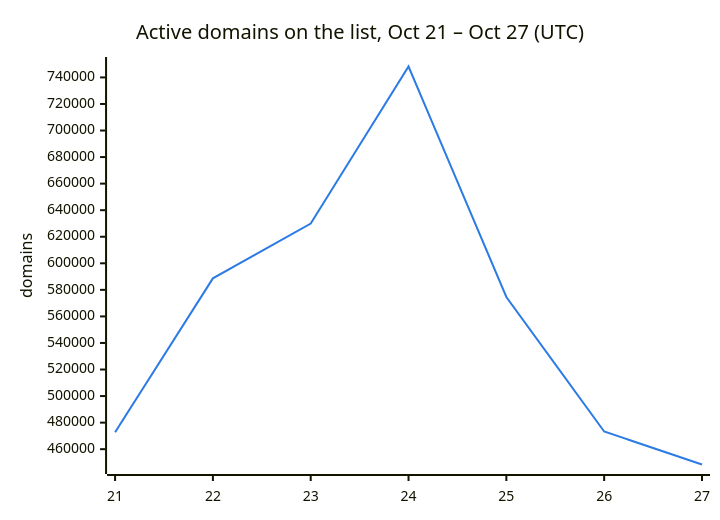
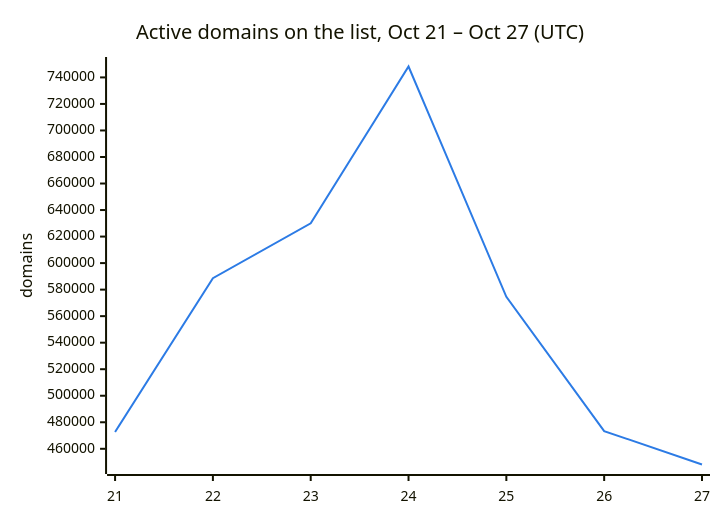
One commit to DNSBunker/CTI changed the second of 3 diagrams in README.md. Above: the diagram before and after it, drawn with Mermaid. The commit also changed other lines of this file and 3 other files, not shown here.

````diff
--- a/README.md
+++ b/README.md
@@ -38,8 +38,8 @@
 ```mermaid
 %%{init: {"themeVariables": {"xyChart": {"plotColorPalette": "#2c7be5"}}}}%%
 xychart-beta
     title "Active domains on the list, Oct 21 – Oct 27 (UTC)"
     x-axis ["21", "22", "23", "24", "25", "26", "27"]
     y-axis "domains"
-    line [472713, 588659, 629951, 748222, 574614, 473331, 448463]
+    line [472713, 588659, 629951, 748222, 574614, 473331, 448155]
 ```
````
